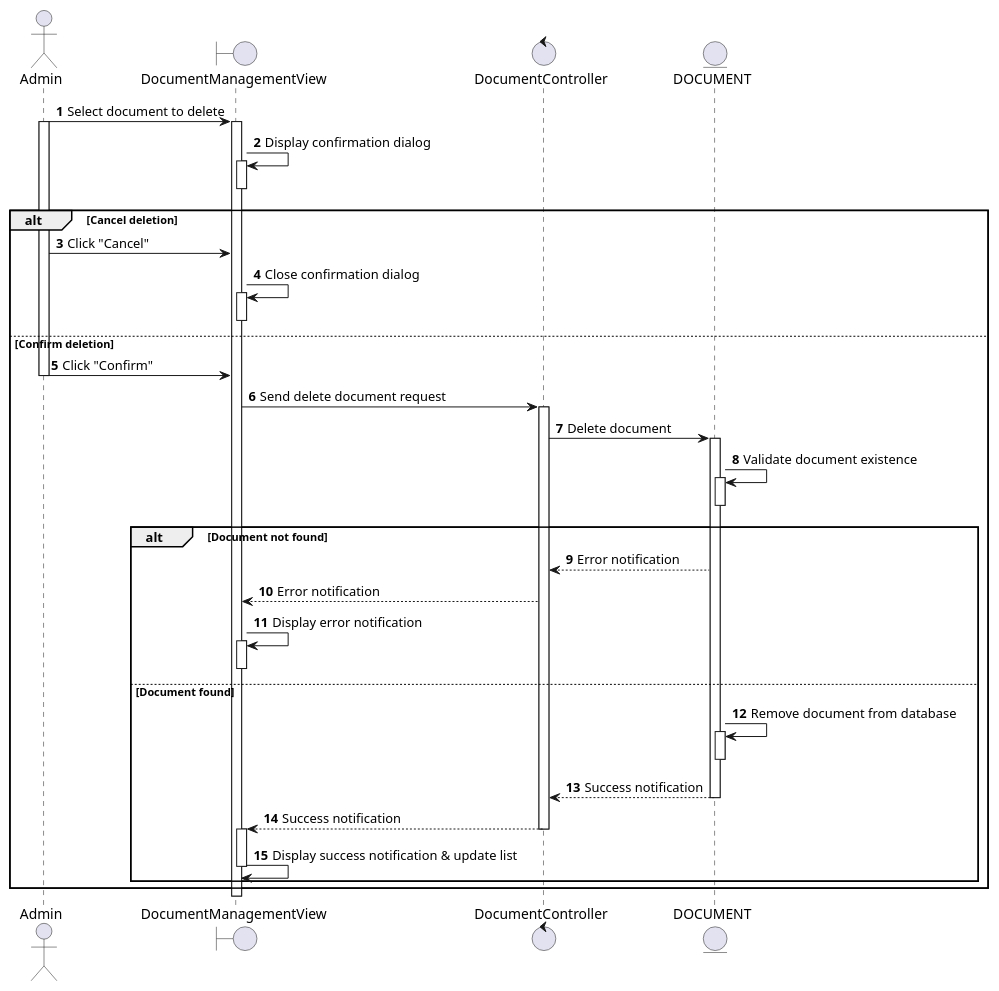
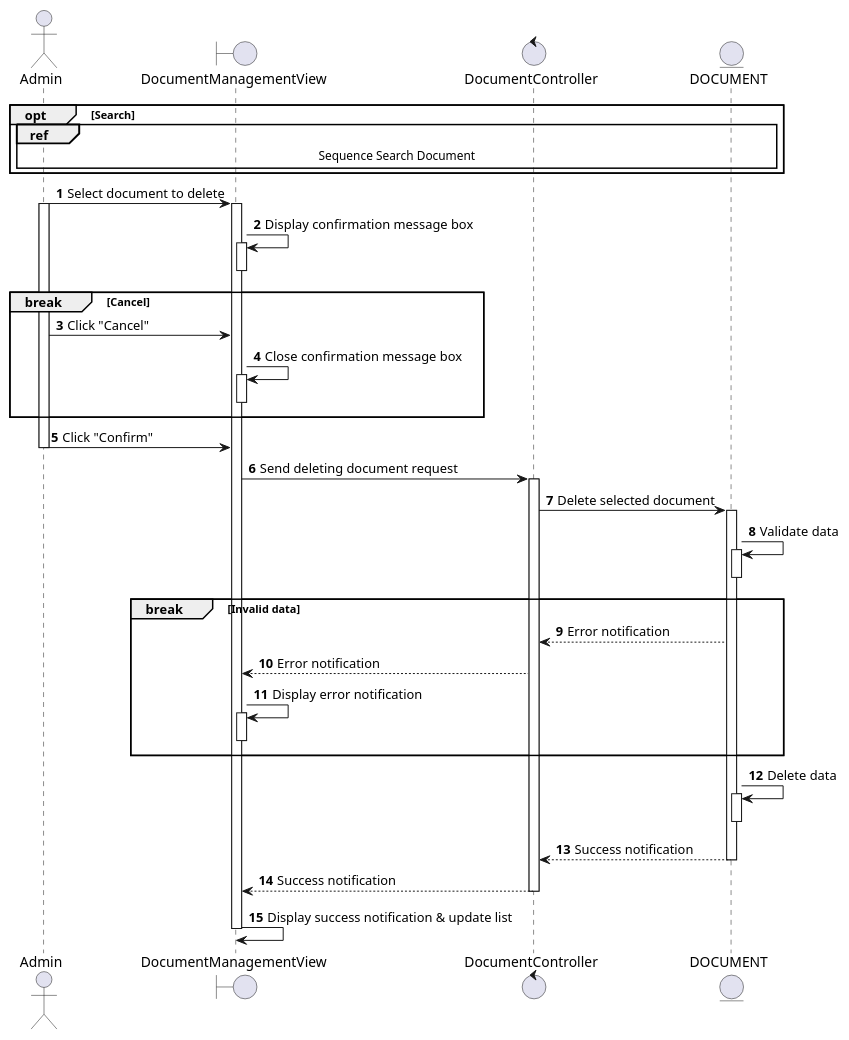
The diagram in docs/docs/sequence/adjust-document/delete-document.md (electricilies/electricilies.github.io), drawn with PlantUML before and after one commit. The commit also changed 22 other files, not shown here.

````diff
--- a/docs/docs/sequence/adjust-document/delete-document.md
+++ b/docs/docs/sequence/adjust-document/delete-document.md
@@ -3,52 +3,53 @@
 ```plantuml
 @startuml
 autonumber
 
 actor Admin as A
 boundary DocumentManagementView as DMV
 control DocumentController as DC
 entity DOCUMENT as D
 
+opt Search
+  ref over A, D: Sequence Search Document
+end
 A -> DMV: Select document to delete
 activate A
 activate DMV
-DMV -> DMV: Display confirmation dialog
+DMV -> DMV: Display confirmation message box
 activate DMV
 deactivate DMV
-alt Cancel deletion
-    A -> DMV: Click "Cancel"
-    DMV -> DMV: Close confirmation dialog
-    activate DMV
-    deactivate DMV
-else Confirm deletion
-    A -> DMV: Click "Confirm"
-    deactivate A
-    DMV -> DC: Send delete document request
-    activate DC
-    DC -> D: Delete document
-    activate D
-    D -> D: Validate document existence
-    activate D
-    deactivate D
-    alt Document not found
-        DC <-- D: Error notification
-        DMV <-- DC: Error notification
-        DMV -> DMV: Display error notification
-        activate DMV
-        deactivate DMV
-    else Document found
-        D -> D: Remove document from database
-        activate D
-        deactivate D
-        DC <-- D: Success notification
-        deactivate D
-        DMV <-- DC: Success notification
-        deactivate DC
-        activate DMV
-        DMV -> DMV: Display success notification & update list
-        deactivate DMV
-    end
+break Cancel
+  A -> DMV: Click "Cancel"
+  DMV -> DMV: Close confirmation message box
+  activate DMV
+  deactivate DMV
 end
+A -> DMV: Click "Confirm"
+deactivate A
+DMV -> DC: Send deleting document request
+activate DC
+DC -> D: Delete selected document
+activate D
+D -> D: Validate data
+activate D
+deactivate D
+break Invalid data
+  DC <-- D: Error notification
+  DMV <-- DC: Error notification
+  DMV -> DMV: Display error notification
+  activate DMV
+  deactivate DMV
+end
+D -> D: Delete data
+activate D
+deactivate D
+DC <-- D: Success notification
+deactivate D
+DMV <-- DC: Success notification
+deactivate DC
+DMV -> DMV: Display success notification & update list
+deactivate DMV
+deactivate A
 
 @enduml
 ```
````
